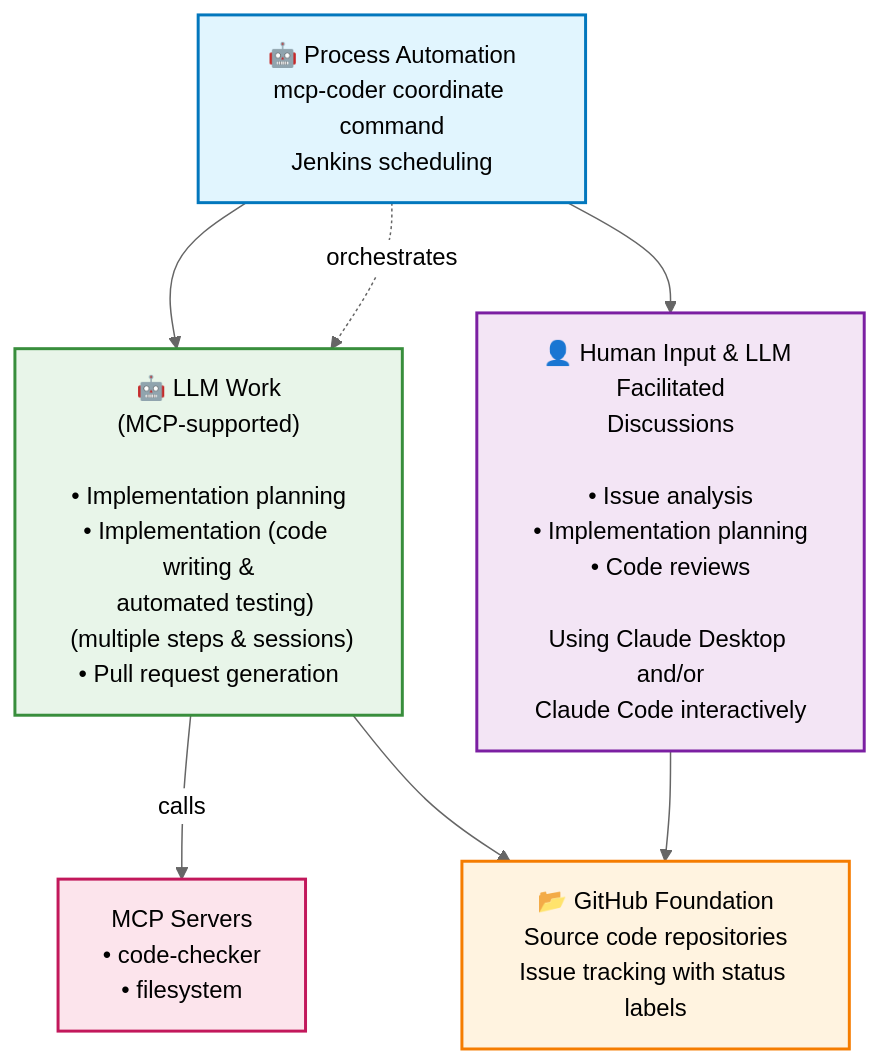
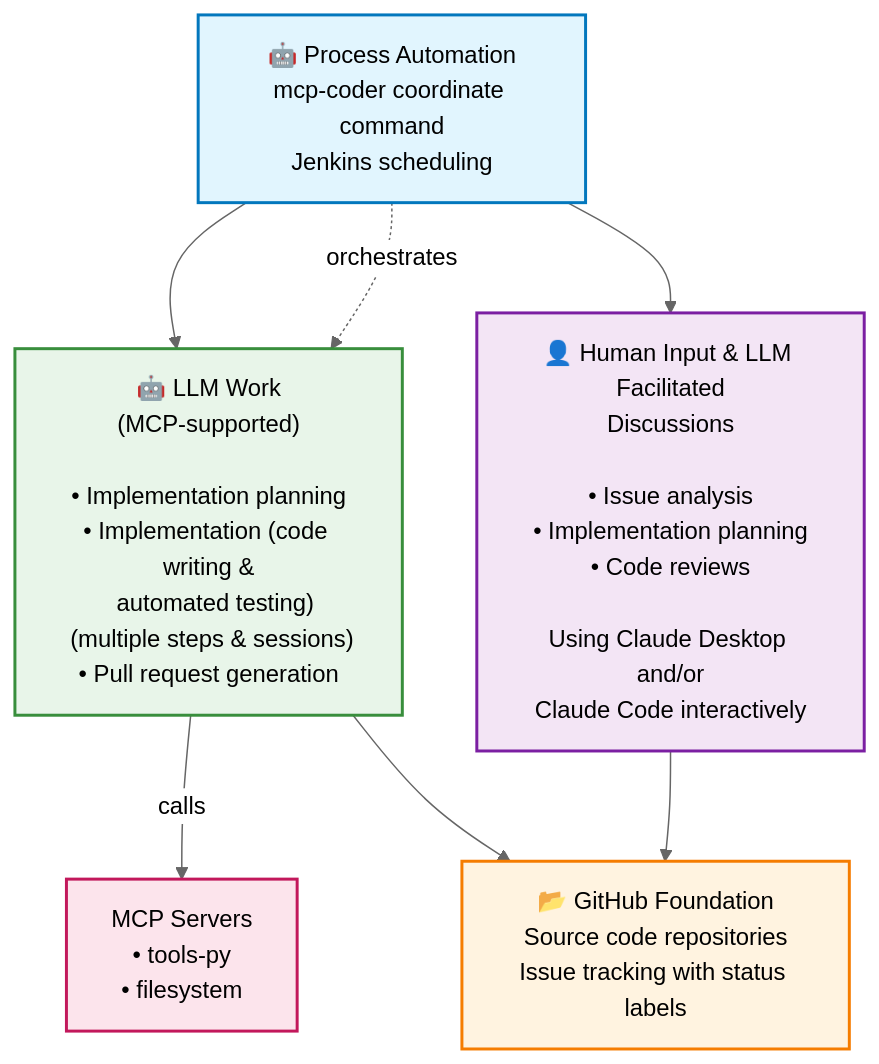
Before and after one commit to MarcusJellinghaus/mcp_coder: the diagram in README.md, drawn with Mermaid (neutral theme). The commit also changed other lines of this file and 11 other files, not shown here.

First line of the commit message:
feat: rename MCP server from code-checker to tools-py (#523)

````diff
--- a/README.md
+++ b/README.md
@@ -61,31 +61,31 @@
 ```mermaid
 flowchart TD
     PA["🤖 Process Automation<br/>mcp-coder coordinate command<br/>Jenkins scheduling"]
     
     HI["👤 Human Input & LLM Facilitated<br/>Discussions<br/><br/>• Issue analysis<br/>• Implementation planning<br/>• Code reviews<br/><br/>Using Claude Desktop and/or<br/>Claude Code interactively"]
     
     LW["🤖 LLM Work<br/>(MCP-supported)<br/><br/>• Implementation planning<br/>• Implementation (code writing &<br/>  automated testing)<br/> (multiple steps & sessions)<br/>• Pull request generation"]
     
-    MCP["MCP Servers<br/>• code-checker<br/>• filesystem"]
+    MCP["MCP Servers<br/>• tools-py<br/>• filesystem"]
     
     GH["📂 GitHub Foundation<br/>Source code repositories<br/>Issue tracking with status labels"]
     
     PA -.->|orchestrates| LW
     PA --> HI
     PA --> LW
     LW -->|calls| MCP
     HI --> GH
     LW --> GH
     
     classDef automation fill:#e1f5fe,stroke:#0277bd,stroke-width:2px
     classDef human fill:#f3e5f5,stroke:#7b1fa2,stroke-width:2px
     classDef llm fill:#e8f5e9,stroke:#388e3c,stroke-width:2px
     classDef foundation fill:#fff3e0,stroke:#f57c00,stroke-width:2px
     classDef mcp fill:#fce4ec,stroke:#c2185b,stroke-width:2px
     
     class PA automation
     class HI human
     class LW llm
     class GH foundation
     class MCP mcp
 ```
````
